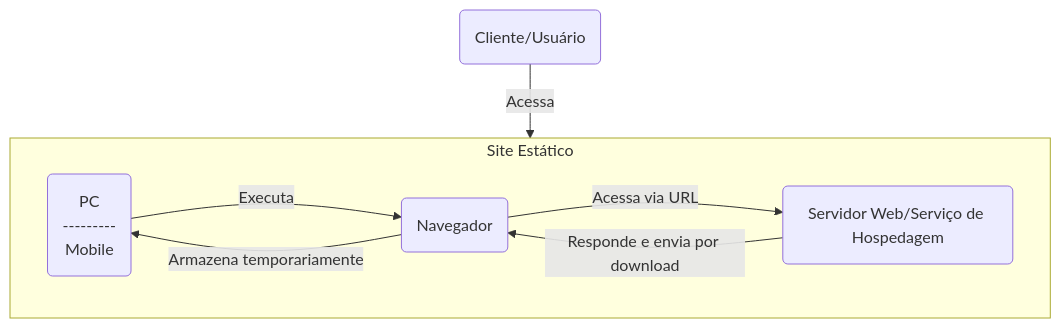
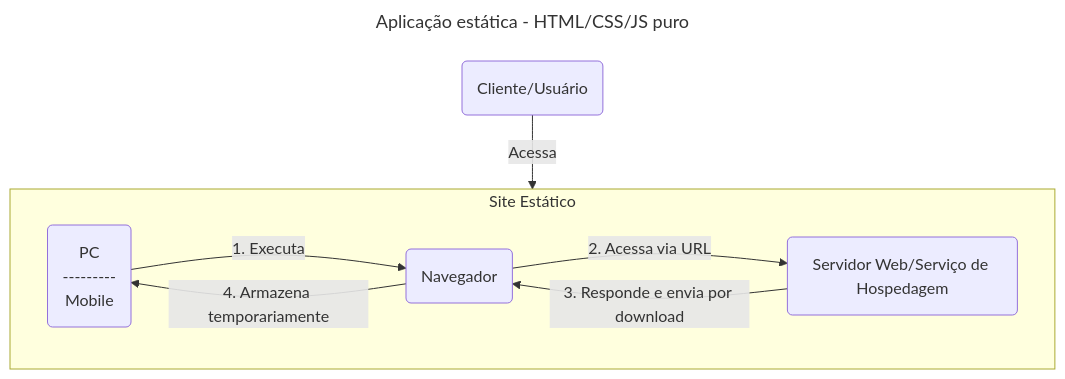
One commit to dev-alexmachado/guia_rapido_aplicacoes_web changed the first of 2 diagrams in README.md. Above: the diagram before and after it, drawn with Mermaid. The commit also changed other lines of this file, not shown here.

Commit message:
Correção: ordem das ações nos diagramas.

```diff
--- a/README.md
+++ b/README.md
@@ -37,12 +37,15 @@
 ~~~mermaid
+---
+title: Aplicação estática - HTML/CSS/JS puro
+---
 graph TD
     A(Cliente/Usuário) -- Acessa --> Sistema
 
     subgraph Sistema [Site Estático]
-        B(PC<br>---------<br>Mobile) -- Executa --> C(Navegador)
-        C -- Acessa via URL --> D(Servidor Web/Serviço de Hospedagem)
+        B(PC<br>---------<br>Mobile) -- 1. Executa --> C(Navegador)
+        C -- 2. Acessa via URL --> D(Servidor Web/Serviço de Hospedagem)
 
-        D -- Responde e envia por download --> C
-        C -- Armazena temporariamente --> B
+        D -- 3. Responde e envia por download --> C
+        C -- 4. Armazena temporariamente --> B
     end
 ~~~
```
